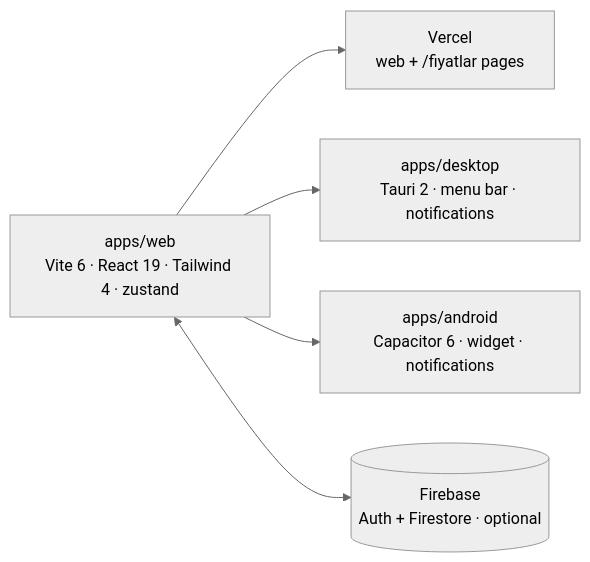
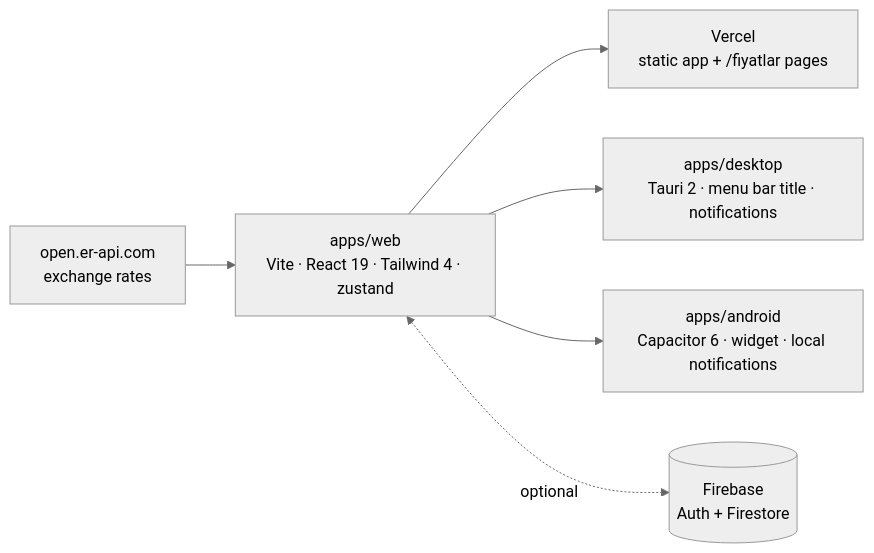
Before and after one commit to kutluhangil/SubSense: the diagram in README.md, drawn with Mermaid (neutral theme). The commit also changed other lines of this file and 3 other files, not shown here.

````diff
--- a/README.md
+++ b/README.md
@@ -44,7 +70,8 @@
 ```mermaid
 flowchart LR
-  WEB[apps/web<br/>Vite 6 · React 19 · Tailwind 4 · zustand] --> V[Vercel<br/>web + /fiyatlar pages]
-  WEB --> T[apps/desktop<br/>Tauri 2 · menu bar · notifications]
-  WEB --> C[apps/android<br/>Capacitor 6 · widget · notifications]
-  WEB <--> FB[(Firebase<br/>Auth + Firestore · optional)]
+  WEB[apps/web<br/>Vite · React 19 · Tailwind 4 · zustand] --> V[Vercel<br/>static app + /fiyatlar pages]
+  WEB --> T[apps/desktop<br/>Tauri 2 · menu bar title · notifications]
+  WEB --> C[apps/android<br/>Capacitor 6 · widget · local notifications]
+  WEB <-. optional .-> FB[(Firebase<br/>Auth + Firestore)]
+  FX[open.er-api.com<br/>exchange rates] --> WEB
 ```
````
